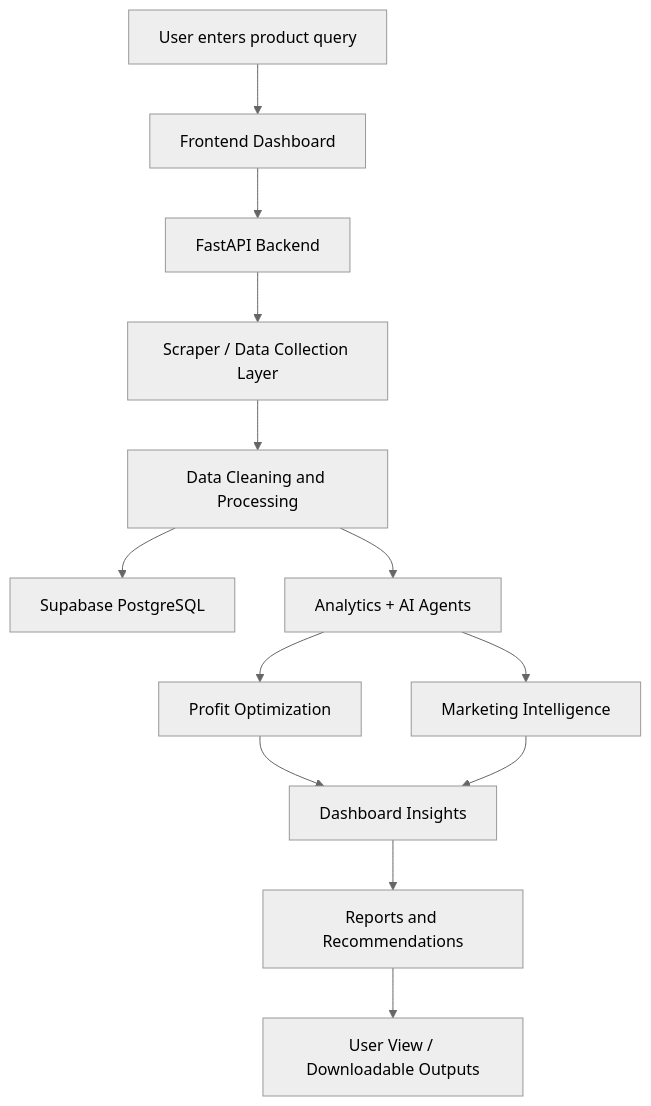
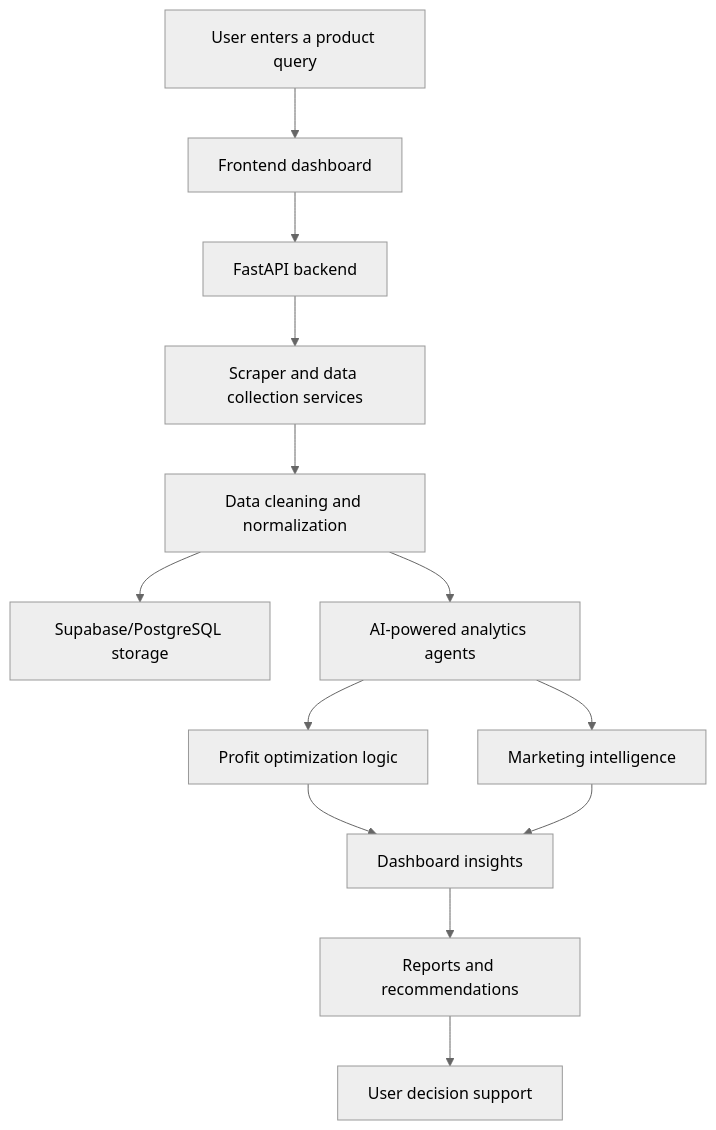
The diagram in README.md (hudarizwan/fyp_Strategai), drawn with Mermaid (neutral theme) before and after one commit. The commit also changed other lines of this file, not shown here.

````diff
--- a/README.md
+++ b/README.md
@@ -121,15 +88,15 @@
 ```mermaid
 flowchart TD
-    A[User enters product query] --> B[Frontend Dashboard]
-    B --> C[FastAPI Backend]
-    C --> D[Scraper / Data Collection Layer]
-    D --> E[Data Cleaning and Processing]
-    E --> F[Supabase PostgreSQL]
-    E --> G[Analytics + AI Agents]
-    G --> H[Profit Optimization]
-    G --> I[Marketing Intelligence]
-    H --> J[Dashboard Insights]
+    A[User enters a product query] --> B[Frontend dashboard]
+    B --> C[FastAPI backend]
+    C --> D[Scraper and data collection services]
+    D --> E[Data cleaning and normalization]
+    E --> F[Supabase/PostgreSQL storage]
+    E --> G[AI-powered analytics agents]
+    G --> H[Profit optimization logic]
+    G --> I[Marketing intelligence]
+    H --> J[Dashboard insights]
     I --> J
-    J --> K[Reports and Recommendations]
-    K --> L[User View / Downloadable Outputs]
+    J --> K[Reports and recommendations]
+    K --> L[User decision support]
 ```
````
